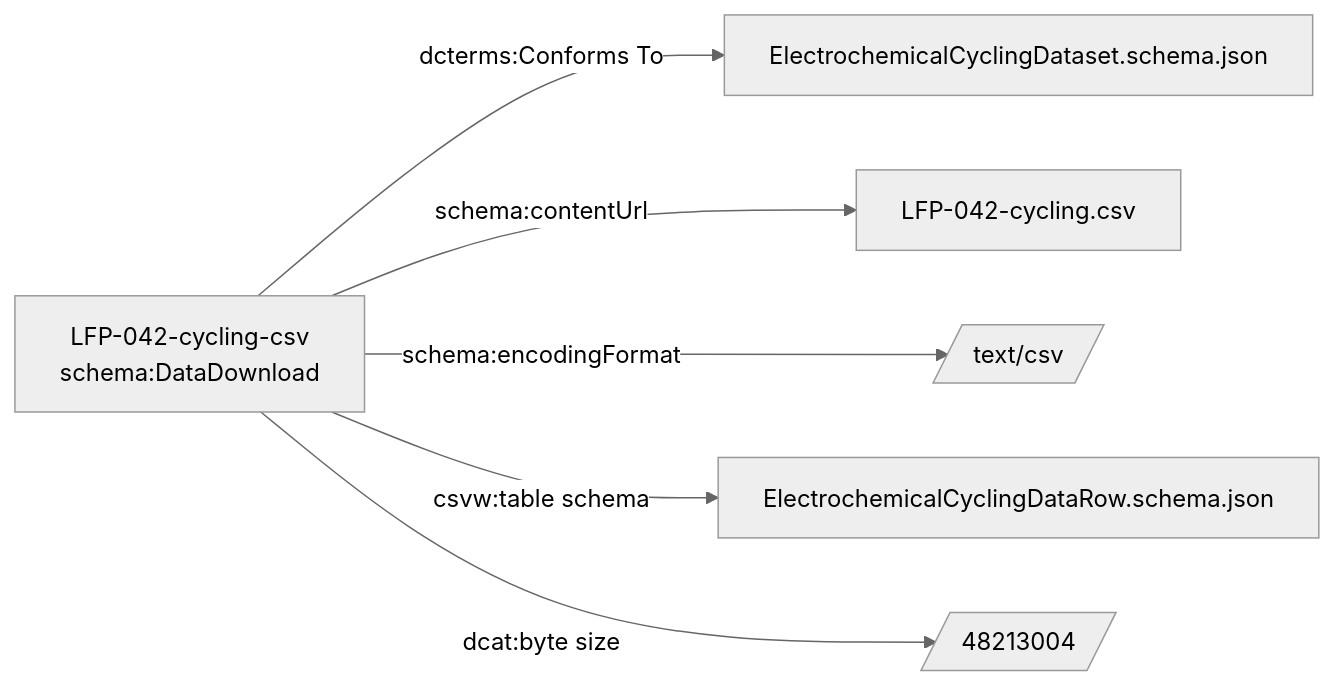
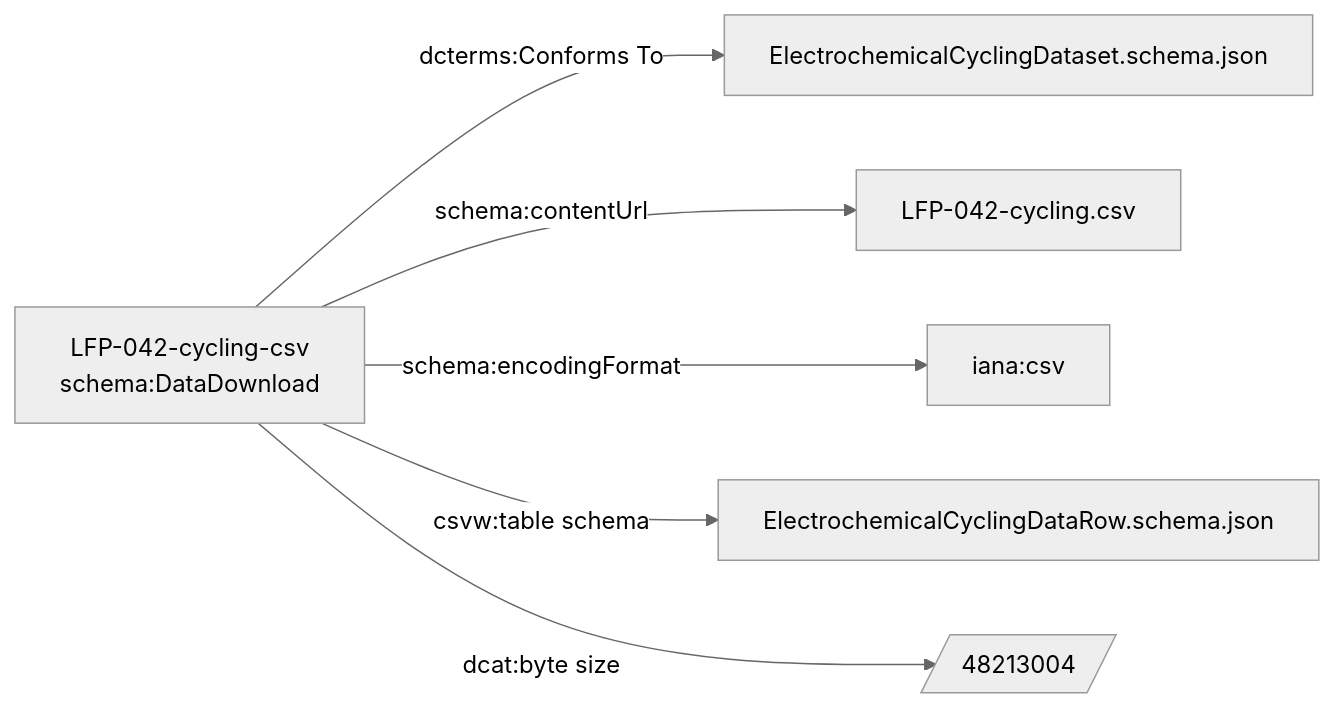
One commit to OO-LD/oold-reference-schemas changed the diagram in generated/datasets/Distribution.schemaorg.mmd. Above: the diagram before and after it, drawn with Mermaid (neutral theme). The commit also changed 15 other files, not shown here.

```diff
--- a/generated/datasets/Distribution.schemaorg.mmd
+++ b/generated/datasets/Distribution.schemaorg.mmd
@@ -1,12 +1,12 @@
 flowchart LR
   n0["LFP-042-cycling-csv<br>schema:DataDownload"]
   n1["ElectrochemicalCyclingDataset.schema.json"]
   n2["LFP-042-cycling.csv"]
-  n3[/"text/csv"/]
+  n3["iana:csv"]
   n4["ElectrochemicalCyclingDataRow.schema.json"]
   n5[/"48213004"/]
   n0 -->|dcterms:Conforms To| n1
   n0 -->|schema:contentUrl| n2
   n0 -->|schema:encodingFormat| n3
   n0 -->|csvw:table schema| n4
   n0 -->|dcat:byte size| n5
```
